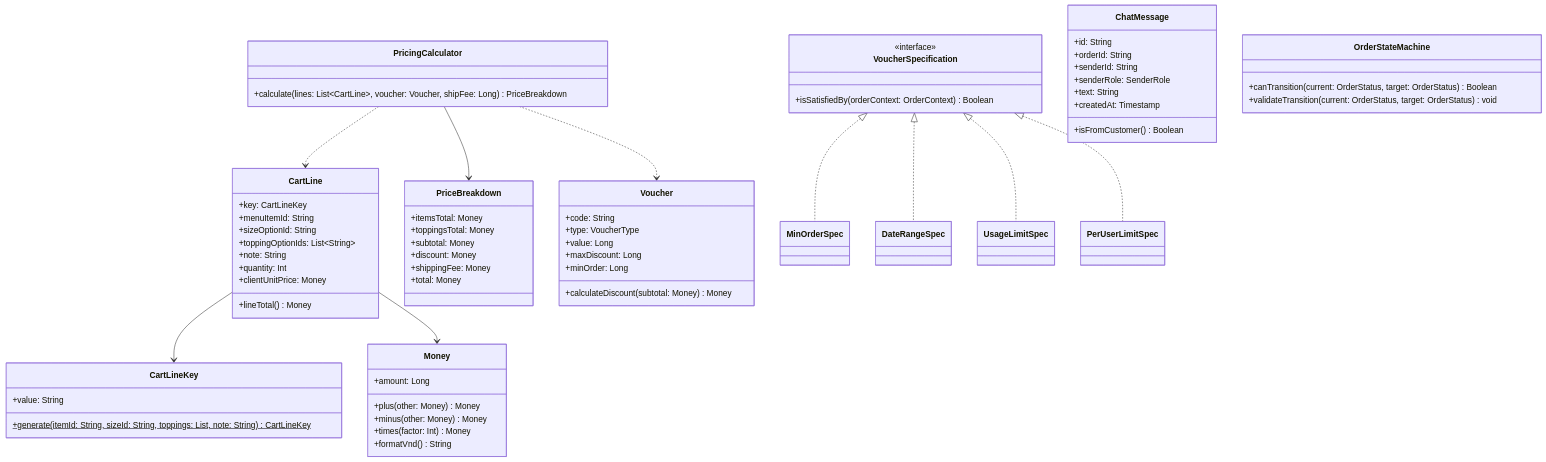
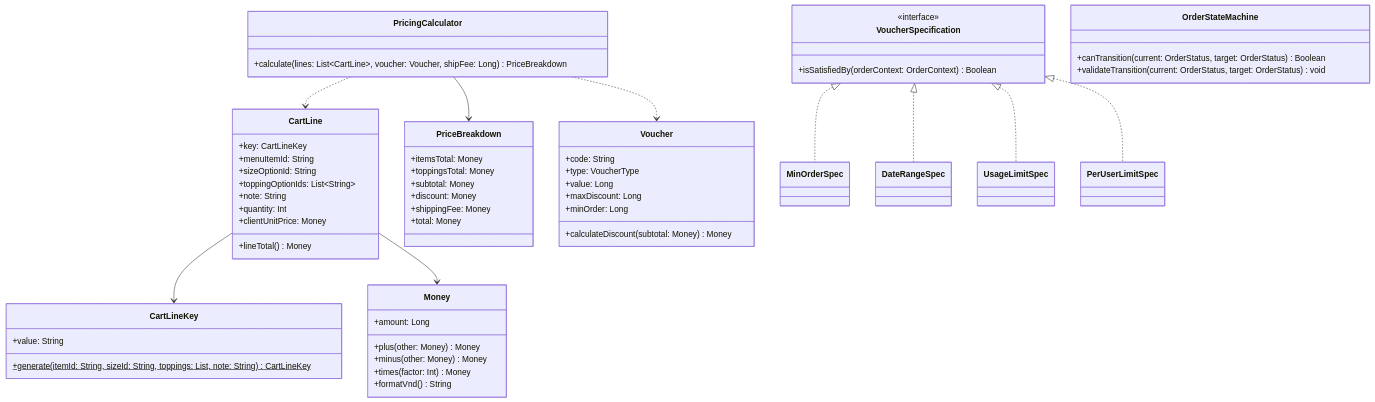
The seventh of 10 diagrams in docs/06-state-data-class.md (thanhpino/MobileAppFinalProject-MiaoSong), drawn with Mermaid before and after one commit. The commit also changed other lines of this file and 10 other files, not shown here.

Commit message:
docs(freeze): sync all diagrams/ERD/API contracts with code & add interactive Archify flow HTML

````diff
--- a/docs/06-state-data-class.md
+++ b/docs/06-state-data-class.md
@@ -406,82 +402,72 @@
 ```mermaid
 classDiagram
     class Money {
         +amount: Long
         +plus(other: Money) Money
         +minus(other: Money) Money
         +times(factor: Int) Money
         +formatVnd() String
     }
 
     class CartLineKey {
         +value: String
         +generate(itemId: String, sizeId: String, toppings: List, note: String)$ CartLineKey
     }
 
     class CartLine {
         +key: CartLineKey
         +menuItemId: String
         +sizeOptionId: String
         +toppingOptionIds: List~String~
         +note: String
         +quantity: Int
         +clientUnitPrice: Money
         +lineTotal() Money
     }
 
     class PricingCalculator {
         +calculate(lines: List~CartLine~, voucher: Voucher, shipFee: Long) PriceBreakdown
     }
 
     class PriceBreakdown {
         +itemsTotal: Money
         +toppingsTotal: Money
         +subtotal: Money
         +discount: Money
         +shippingFee: Money
         +total: Money
     }
 
     class Voucher {
         +code: String
         +type: VoucherType
         +value: Long
         +maxDiscount: Long
         +minOrder: Long
         +calculateDiscount(subtotal: Money) Money
     }
 
     class VoucherSpecification {
         <<interface>>
         +isSatisfiedBy(orderContext: OrderContext) Boolean
     }
     class MinOrderSpec
     class DateRangeSpec
     class UsageLimitSpec
     class PerUserLimitSpec
 
-    class ChatMessage {
-        +id: String
-        +orderId: String
-        +senderId: String
-        +senderRole: SenderRole
-        +text: String
-        +createdAt: Timestamp
-        +isFromCustomer() Boolean
-    }
-
     class OrderStateMachine {
         +canTransition(current: OrderStatus, target: OrderStatus) Boolean
         +validateTransition(current: OrderStatus, target: OrderStatus) void
     }
 
     CartLine --> CartLineKey
     CartLine --> Money
     PricingCalculator ..> CartLine
     PricingCalculator ..> Voucher
     PricingCalculator --> PriceBreakdown
     VoucherSpecification <|.. MinOrderSpec
     VoucherSpecification <|.. DateRangeSpec
     VoucherSpecification <|.. UsageLimitSpec
     VoucherSpecification <|.. PerUserLimitSpec
 ```
````
